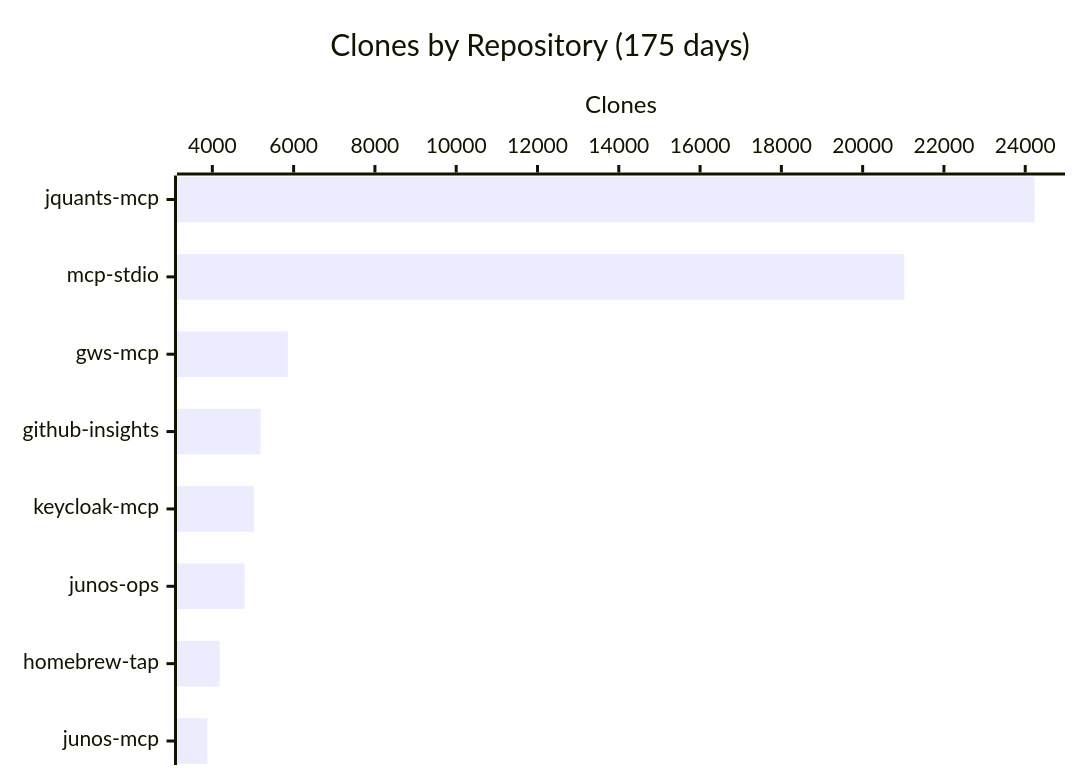
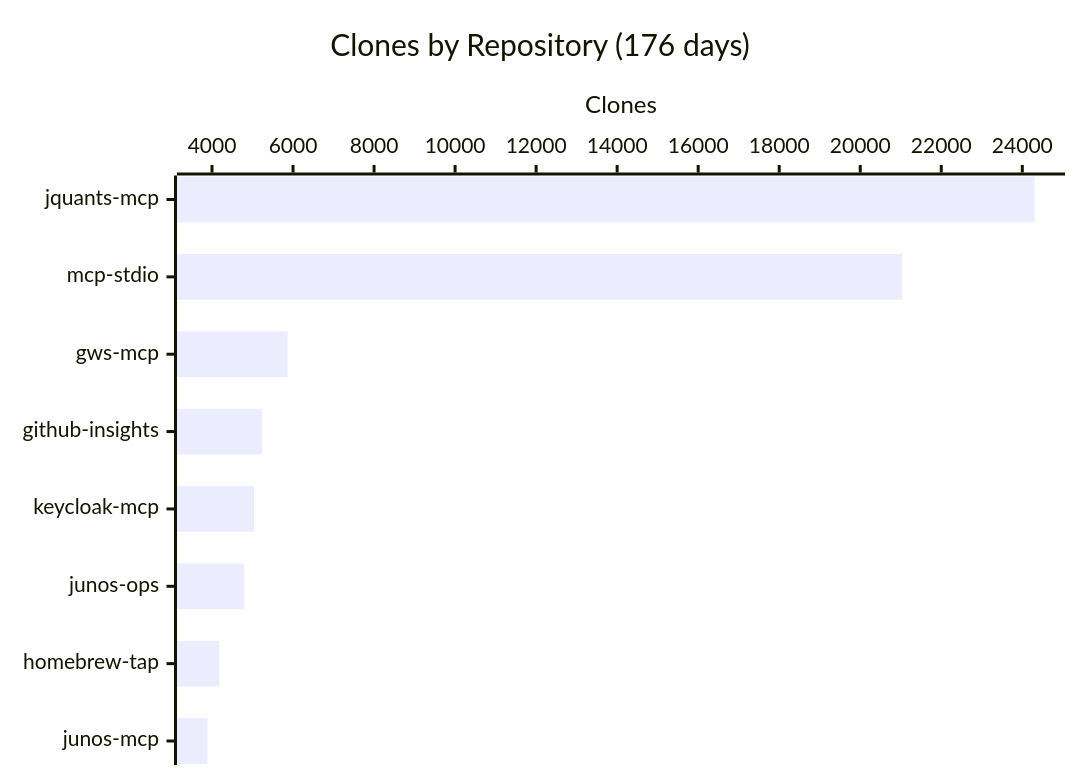
One commit to shigechika/github-insights changed the fourth of 4 diagrams in README.md. Above: the diagram before and after it, drawn with Mermaid. The commit also changed other lines of this file and 2 other files, not shown here.

````diff
--- a/README.md
+++ b/README.md
@@ -58,7 +58,7 @@
 ```mermaid
 xychart-beta horizontal
-    title "Clones by Repository (175 days)"
+    title "Clones by Repository (176 days)"
     x-axis ["jquants-mcp", "mcp-stdio", "gws-mcp", "github-insights", "keycloak-mcp", "junos-ops", "homebrew-tap", "junos-mcp"]
     y-axis "Clones"
-    bar [24229, 21026, 5858, 5185, 5027, 4792, 4180, 3880]
+    bar [24302, 21039, 5866, 5238, 5035, 4799, 4184, 3888]
 ```
````
